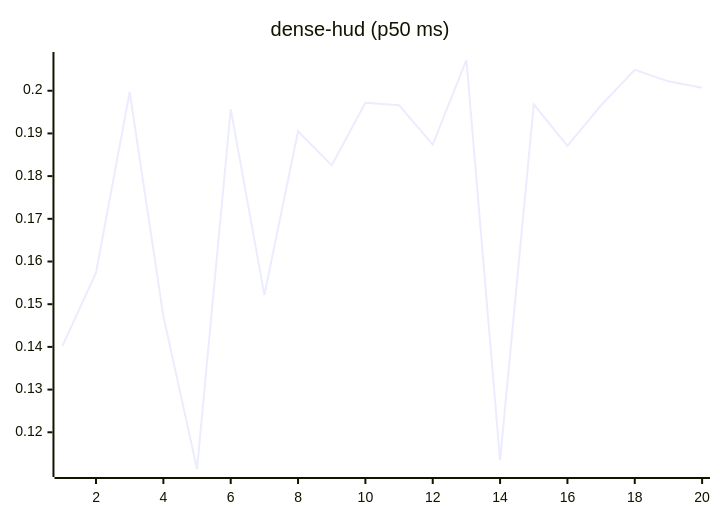
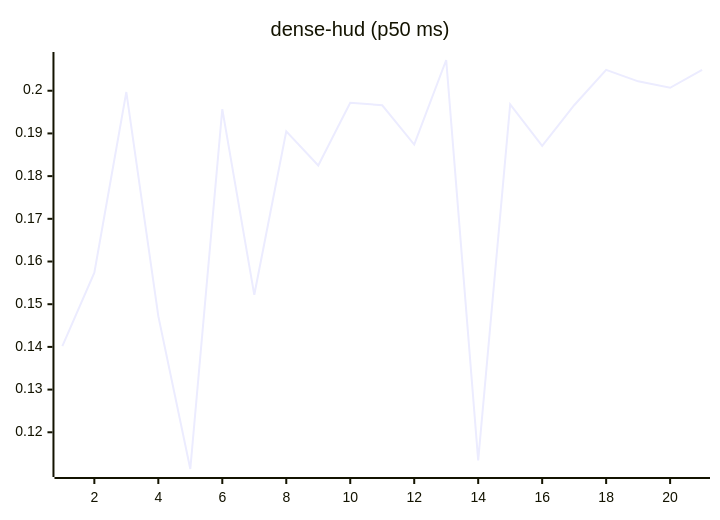
Before and after one commit to josha/Facet: the eighth of 27 diagrams in README.md, drawn with Mermaid. The commit also changed other lines of this file and 2 other files, not shown here.

````diff
--- a/README.md
+++ b/README.md
@@ -112,6 +112,6 @@
 ```mermaid
 xychart-beta
     title "dense-hud (p50 ms)"
-    x-axis 1 --> 20
-    line [0.1402, 0.1574, 0.1997, 0.1472, 0.1114, 0.1957, 0.1522, 0.1905, 0.1825, 0.1972, 0.1966, 0.1874, 0.2072, 0.1134, 0.1968, 0.1871, 0.1966, 0.2049, 0.2022, 0.2007]
+    x-axis 1 --> 21
+    line [0.1402, 0.1574, 0.1997, 0.1472, 0.1114, 0.1957, 0.1522, 0.1905, 0.1825, 0.1972, 0.1966, 0.1874, 0.2072, 0.1134, 0.1968, 0.1871, 0.1966, 0.2049, 0.2022, 0.2007, 0.2049]
 ```
````
